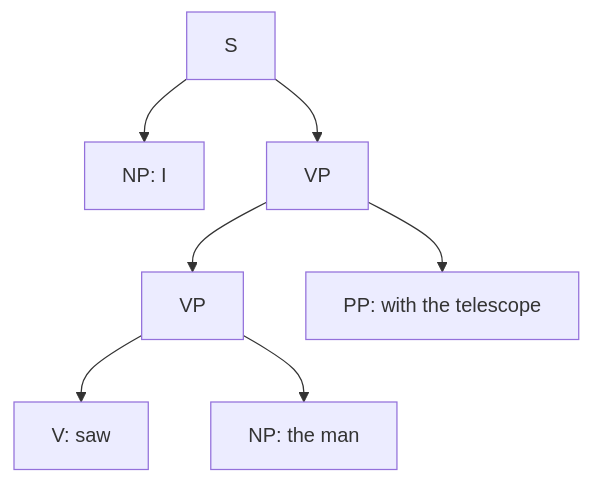
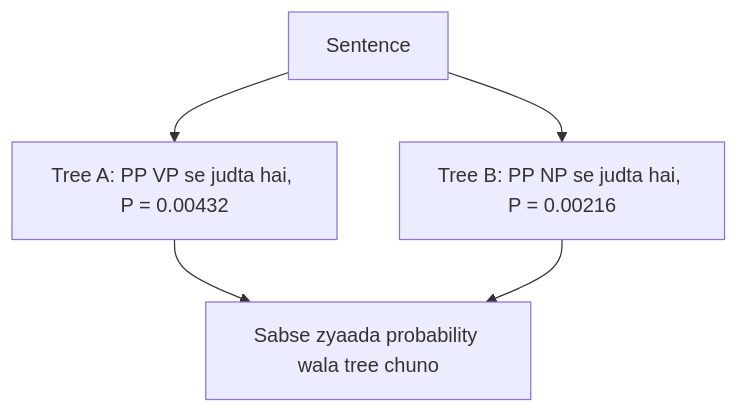
Before and after one commit to TrendySloth1001/sem-seven-notes: the diagram in content/natural-language-processing/pyq/2023-12-ce/q5b.hi.mdx, drawn with Mermaid. The commit also changed other lines of this file and 406 other files, not shown here.

````diff
--- a/content/natural-language-processing/pyq/2023-12-ce/q5b.hi.mdx
+++ b/content/natural-language-processing/pyq/2023-12-ce/q5b.hi.mdx
@@ -49,10 +51,8 @@
 ```mermaid
-%% caption: Tree A "with the telescope" ko verb phrase se jodta hai (telescope se dekhna), probability 0.00432.
+%% caption: "I saw the man with the telescope" ke do parses. PCFG har ek ko probability deti hai.
 flowchart TD
-  S["S"] --> NP1["NP: I"]
-  S --> VP1["VP"]
-  VP1 --> VP2["VP"]
-  VP1 --> PP["PP: with the telescope"]
-  VP2 --> V["V: saw"]
-  VP2 --> NP2["NP: the man"]
+  S["Sentence"] --> A["Tree A: PP VP se judta hai, P = 0.00432"]
+  S --> B["Tree B: PP NP se judta hai, P = 0.00216"]
+  A --> C["Sabse zyaada probability wala tree chuno"]
+  B --> C
 ```
````
